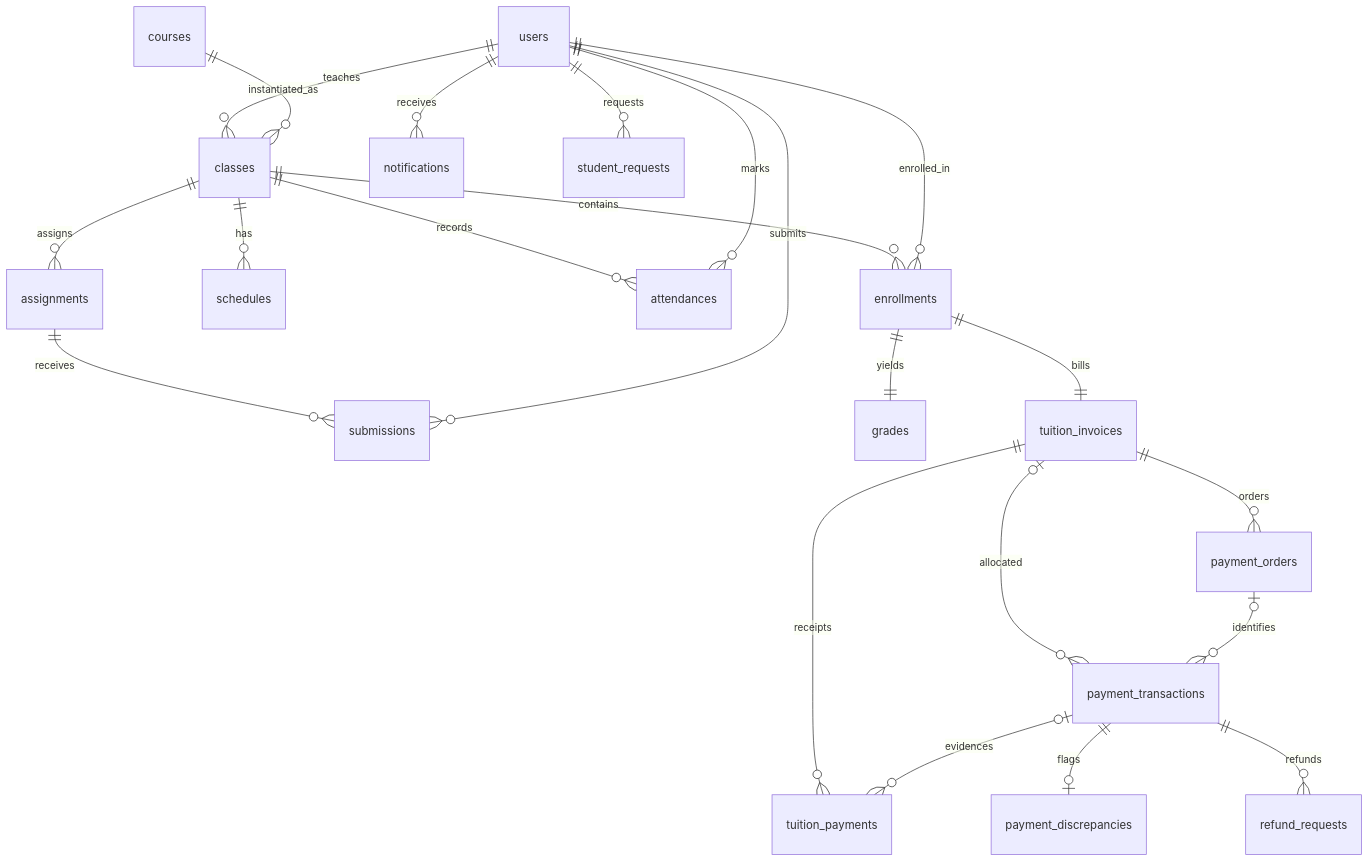
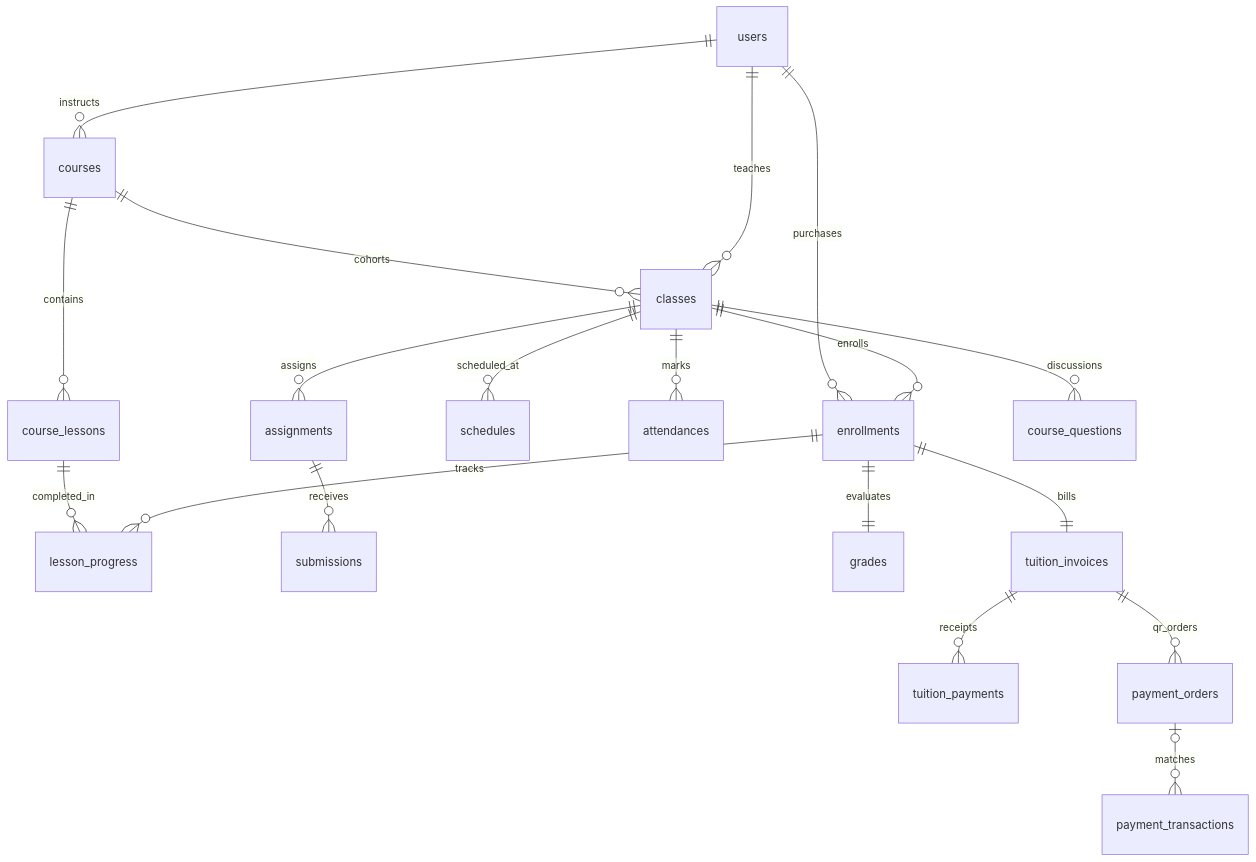
Before and after one commit to tranminhtamtt/Education-Management-System: the fourth of 4 diagrams in Education Management System.md, drawn with Mermaid. The commit also changed other lines of this file and 3 other files, not shown here.

````diff
--- a/Education Management System.md
+++ b/Education Management System.md
@@ -297,24 +362,21 @@
 ```mermaid
 erDiagram
+    users ||--o{ courses : instructs
     users ||--o{ classes : teaches
-    courses ||--o{ classes : instantiated_as
-    classes ||--o{ enrollments : contains
-    users ||--o{ enrollments : enrolled_in
-    classes ||--o{ schedules : has
-    classes ||--o{ attendances : records
-    users ||--o{ attendances : marks
+    courses ||--o{ course_lessons : contains
+    courses ||--o{ classes : cohorts
+    classes ||--o{ enrollments : enrolls
+    users ||--o{ enrollments : purchases
+    enrollments ||--o{ lesson_progress : tracks
+    course_lessons ||--o{ lesson_progress : completed_in
+    classes ||--o{ schedules : scheduled_at
+    classes ||--o{ attendances : marks
     classes ||--o{ assignments : assigns
     assignments ||--o{ submissions : receives
-    users ||--o{ submissions : submits
-    enrollments ||--|| grades : yields
+    classes ||--o{ course_questions : discussions
+    enrollments ||--|| grades : evaluates
     enrollments ||--|| tuition_invoices : bills
     tuition_invoices ||--o{ tuition_payments : receipts
-    tuition_invoices ||--o{ payment_orders : orders
-    tuition_invoices |o--o{ payment_transactions : allocated
-    payment_orders |o--o{ payment_transactions : identifies
-    payment_transactions |o--o{ tuition_payments : evidences
-    payment_transactions ||--o| payment_discrepancies : flags
-    payment_transactions ||--o{ refund_requests : refunds
-    users ||--o{ notifications : receives
-    users ||--o{ student_requests : requests
+    tuition_invoices ||--o{ payment_orders : qr_orders
+    payment_orders |o--o{ payment_transactions : matches
 ```
````
